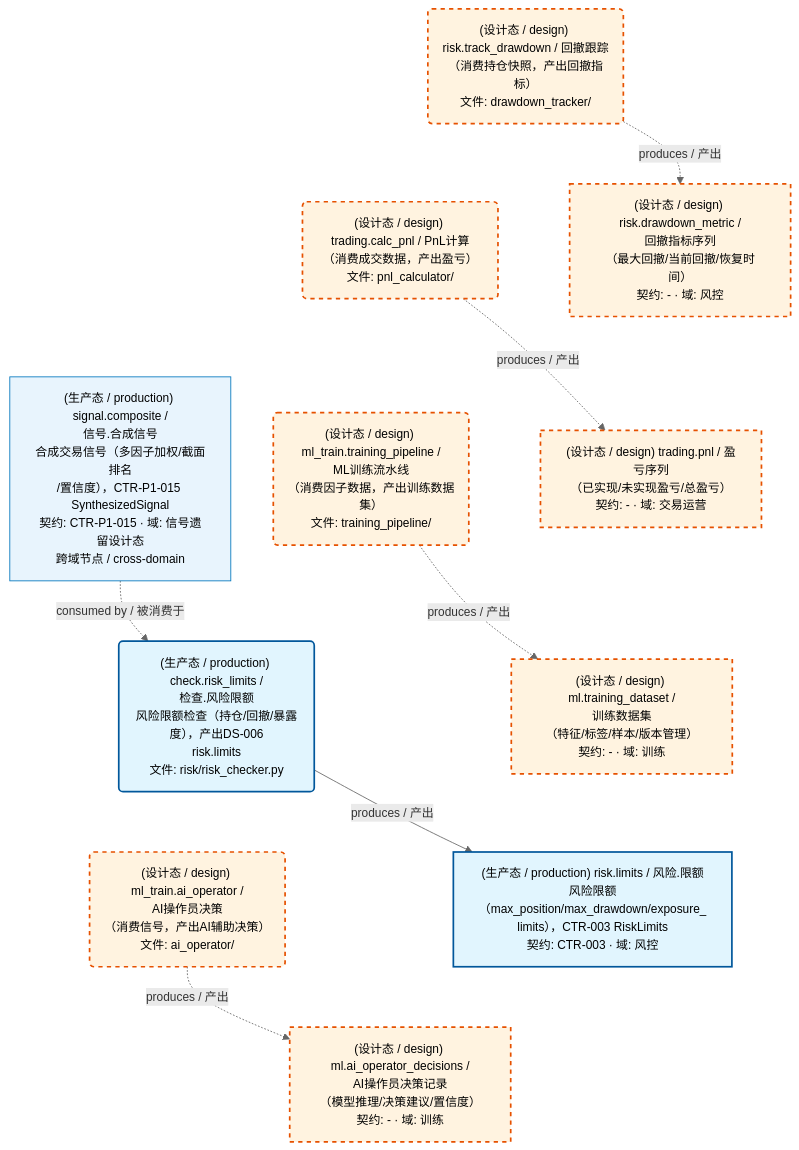
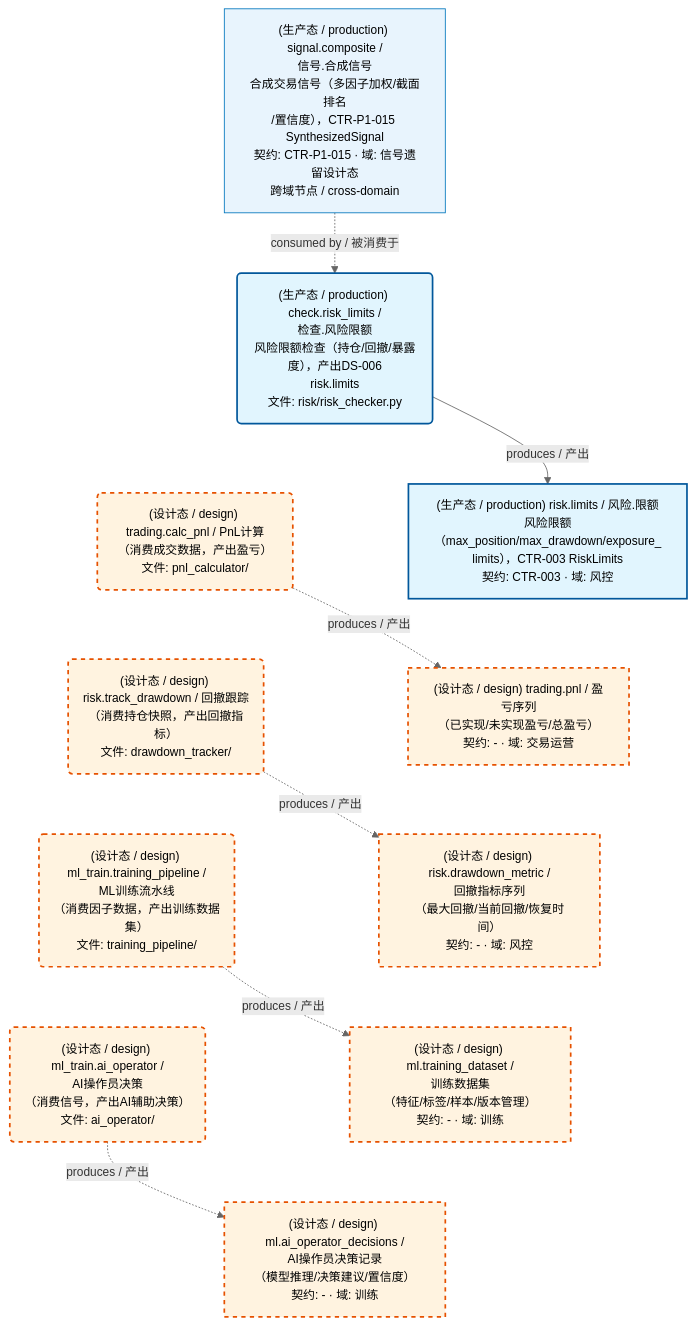
One commit to xuanFelixVan/ZephyrAlpha changed the first of 3 diagrams in docs/02_enterprise_architecture/05_dataflow_architecture/d_others.md. Above: the diagram before and after it, drawn with Mermaid. The commit also changed other lines of this file and 42 other files, not shown here.

````diff
--- a/docs/02_enterprise_architecture/05_dataflow_architecture/d_others.md
+++ b/docs/02_enterprise_architecture/05_dataflow_architecture/d_others.md
@@ -50,36 +50,36 @@
 ```mermaid
 %%{init: {'theme': 'base', 'themeVariables': {'primaryColor': '#eaeaea', 'primaryTextColor': '#333333', 'primaryBorderColor': '#666666', 'lineColor': '#666666', 'secondaryColor': '#eaeaea', 'tertiaryColor': '#eaeaea', 'clusterBkg': 'transparent', 'clusterBorder': 'transparent', 'fontSize': '14px'}}}%%
 flowchart TD
     DS11271["(设计态 / design) ml.ai_operator_decisions /<br/>AI操作员决策记录<br/>（模型推理/决策建议/置信度）<br/>契约: - · 域: 训练"]
     DS11272["(设计态 / design) ml.training_dataset /<br/>训练数据集<br/>（特征/标签/样本/版本管理）<br/>契约: - · 域: 训练"]
     DS11273["(设计态 / design) risk.drawdown_metric /<br/>回撤指标序列<br/>（最大回撤/当前回撤/恢复时间）<br/>契约: - · 域: 风控"]
-    DS26860["(生产态 / production) risk.limits / 风险.限额<br/>风险限额（max_position/max_drawdown/exposure_<br/>limits），CTR-003 RiskLimits<br/>契约: CTR-003 · 域: 风控"]
+    DS31192["(生产态 / production) risk.limits / 风险.限额<br/>风险限额（max_position/max_drawdown/exposure_<br/>limits），CTR-003 RiskLimits<br/>契约: CTR-003 · 域: 风控"]
     DS11274["(设计态 / design) trading.pnl / 盈亏序列<br/>（已实现/未实现盈亏/总盈亏）<br/>契约: - · 域: 交易运营"]
-    JOB1071726("(生产态 / production) check.risk_limits /<br/>检查.风险限额<br/>风险限额检查（持仓/回撤/暴露度），产出DS-006<br/>risk.limits<br/>文件: risk/risk_checker.py")
+    JOB1154366("(生产态 / production) check.risk_limits /<br/>检查.风险限额<br/>风险限额检查（持仓/回撤/暴露度），产出DS-006<br/>risk.limits<br/>文件: risk/risk_checker.py")
     JOB757635("(设计态 / design) ml_train.ai_operator /<br/>AI操作员决策<br/>（消费信号，产出AI辅助决策）<br/>文件: ai_operator/")
     JOB757636("(设计态 / design) ml_train.training_pipeline /<br/>ML训练流水线<br/>（消费因子数据，产出训练数据集）<br/>文件: training_pipeline/")
     JOB757637("(设计态 / design) risk.track_drawdown / 回撤跟踪<br/>（消费持仓快照，产出回撤指标）<br/>文件: drawdown_tracker/")
     JOB757638("(设计态 / design) trading.calc_pnl / PnL计算<br/>（消费成交数据，产出盈亏）<br/>文件: pnl_calculator/")
-    DS26859["(生产态 / production) signal.composite /<br/>信号.合成信号<br/>合成交易信号（多因子加权/截面排名<br/>/置信度），CTR-P1-015 SynthesizedSignal<br/>契约: CTR-P1-015 · 域: 信号遗留设计态<br/>跨域节点 / cross-domain"]
-    JOB1071726 -->|produces / 产出| DS26860
+    DS31191["(生产态 / production) signal.composite /<br/>信号.合成信号<br/>合成交易信号（多因子加权/截面排名<br/>/置信度），CTR-P1-015 SynthesizedSignal<br/>契约: CTR-P1-015 · 域: 信号遗留设计态<br/>跨域节点 / cross-domain"]
+    JOB1154366 -->|produces / 产出| DS31192
     JOB757635 -.->|produces / 产出| DS11271
     JOB757636 -.->|produces / 产出| DS11272
     JOB757637 -.->|produces / 产出| DS11273
-    DS26859 -.->|consumed by / 被消费于| JOB1071726
+    DS31191 -.->|consumed by / 被消费于| JOB1154366
     JOB757638 -.->|produces / 产出| DS11274
-    JOB757637 ~~~ JOB757638
-    JOB757638 ~~~ JOB757636
-    JOB757636 ~~~ JOB1071726
-    JOB1071726 ~~~ JOB757635
-    DS11273 ~~~ DS11274
-    DS11274 ~~~ DS11272
-    DS11272 ~~~ DS26860
-    DS26860 ~~~ DS11271
+    JOB1154366 ~~~ JOB757638
+    JOB757638 ~~~ JOB757637
+    JOB757637 ~~~ JOB757636
+    JOB757636 ~~~ JOB757635
+    DS31192 ~~~ DS11274
+    DS11274 ~~~ DS11273
+    DS11273 ~~~ DS11272
+    DS11272 ~~~ DS11271
     classDef production fill:#e1f5fe,stroke:#01579b,stroke-width:2px,color:#000
     classDef design fill:#fff3e0,stroke:#e65100,stroke-width:2px,color:#000,stroke-dasharray: 5 5
     classDef external_prod fill:#e8f4fd,stroke:#0277bd,stroke-width:1px,color:#000
     classDef external_design fill:#fff8e7,stroke:#ef6c00,stroke-width:1px,color:#000,stroke-dasharray: 5 5
-    class DS26860,JOB1071726 production
+    class DS31192,JOB1154366 production
     class DS11271,DS11272,DS11273,DS11274,JOB757635,JOB757636,JOB757637,JOB757638 design
-    class DS26859 external_prod
+    class DS31191 external_prod
 ```
````
